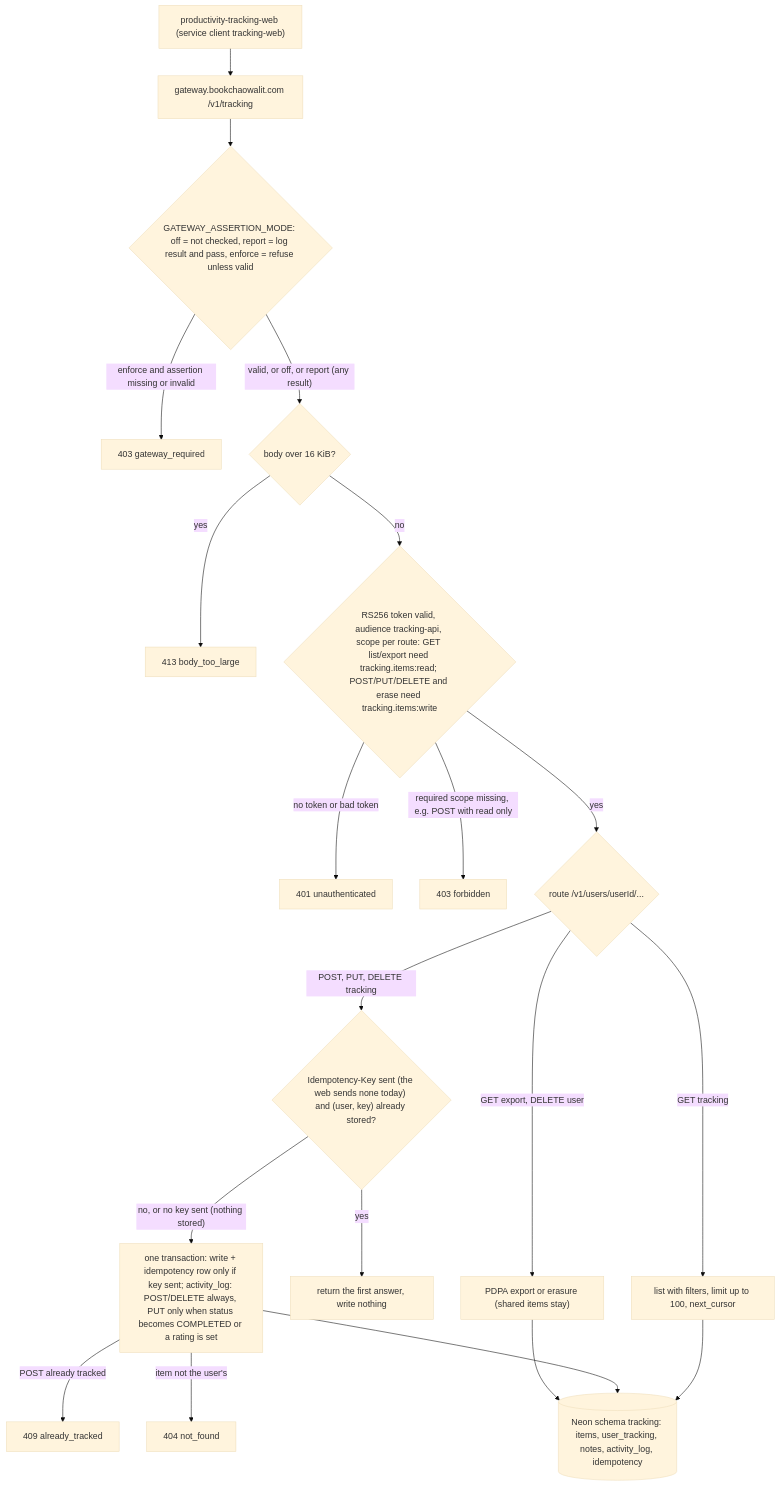
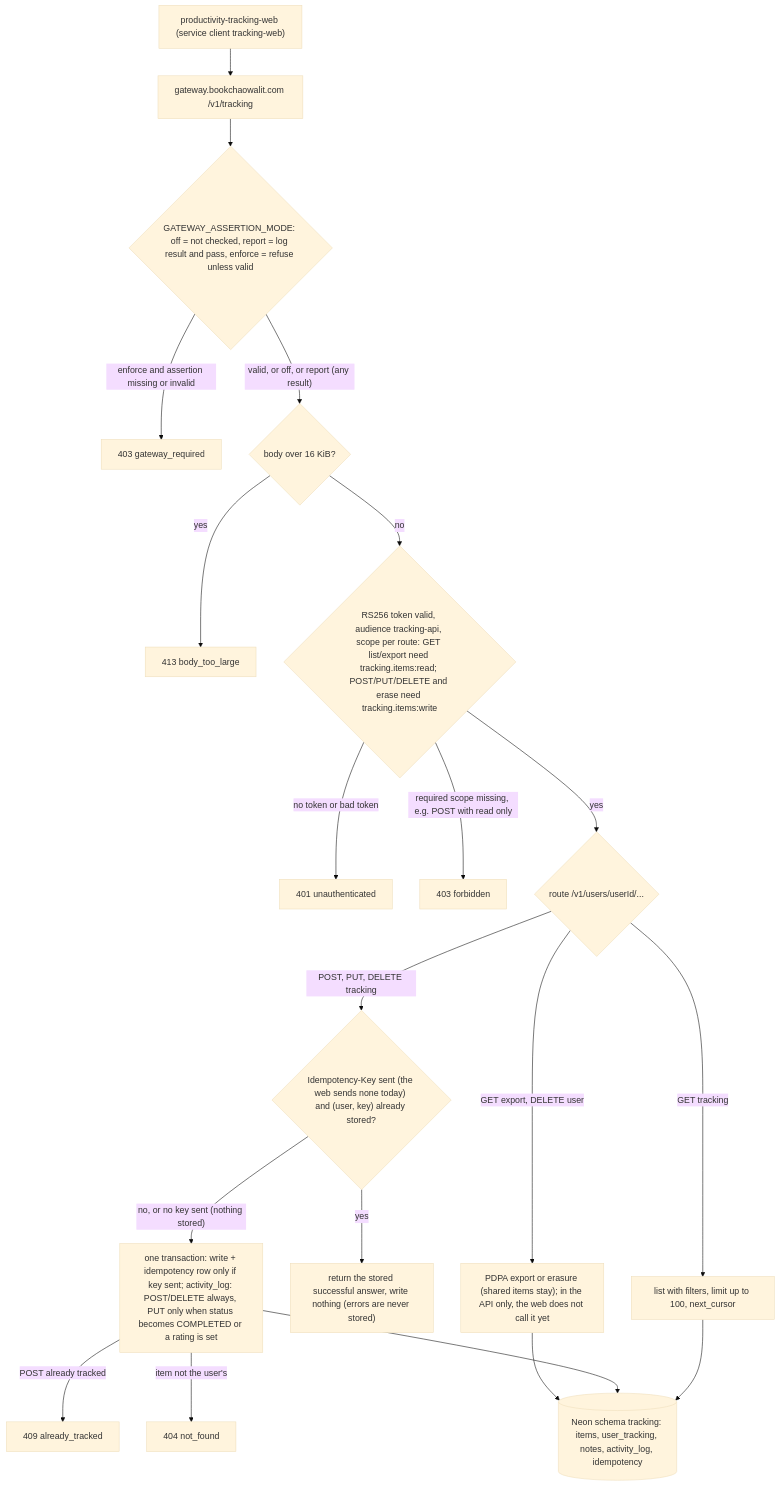
Before and after one commit to bookchaowalit/productivity-tracking-api: the diagram in docs/diagrams/01-business-process.md, drawn with Mermaid (base theme).

Commit message:
docs: replay returns stored successes only, PDPA routes not wired in the web

````diff
--- a/docs/diagrams/01-business-process.md
+++ b/docs/diagrams/01-business-process.md
@@ -9,22 +9,22 @@
 ```mermaid
 flowchart TD
   WEB["productivity-tracking-web (service client tracking-web)"] --> GW["gateway.bookchaowalit.com /v1/tracking"]
   GW --> ASSERT{"GATEWAY_ASSERTION_MODE: off = not checked, report = log result and pass, enforce = refuse unless valid"}
   ASSERT -->|"enforce and assertion missing or invalid"| R403["403 gateway_required"]
   ASSERT -->|"valid, or off, or report (any result)"| SIZE{"body over 16 KiB?"}
   SIZE -->|yes| R413["413 body_too_large"]
   SIZE -->|no| TOKEN{"RS256 token valid, audience tracking-api, scope per route: GET list/export need tracking.items:read; POST/PUT/DELETE and erase need tracking.items:write"}
   TOKEN -->|"no token or bad token"| R401["401 unauthenticated"]
   TOKEN -->|"required scope missing, e.g. POST with read only"| R403B["403 forbidden"]
   TOKEN -->|yes| ROUTE{"route /v1/users/userId/..."}
   ROUTE -->|"GET tracking"| LIST["list with filters, limit up to 100, next_cursor"]
   ROUTE -->|"POST, PUT, DELETE tracking"| IDEM{"Idempotency-Key sent (the web sends none today) and (user, key) already stored?"}
-  IDEM -->|yes| REPLAY["return the first answer, write nothing"]
+  IDEM -->|yes| REPLAY["return the stored successful answer, write nothing (errors are never stored)"]
   IDEM -->|"no, or no key sent (nothing stored)"| TX["one transaction: write + idempotency row only if key sent; activity_log: POST/DELETE always, PUT only when status becomes COMPLETED or a rating is set"]
   TX -->|"POST already tracked"| R409["409 already_tracked"]
   TX -->|"item not the user's"| R404["404 not_found"]
-  ROUTE -->|"GET export, DELETE user"| PDPA["PDPA export or erasure (shared items stay)"]
+  ROUTE -->|"GET export, DELETE user"| PDPA["PDPA export or erasure (shared items stay); in the API only, the web does not call it yet"]
   LIST --> DB[("Neon schema tracking: items, user_tracking, notes, activity_log, idempotency")]
   TX --> DB
   PDPA --> DB
 ```
````
